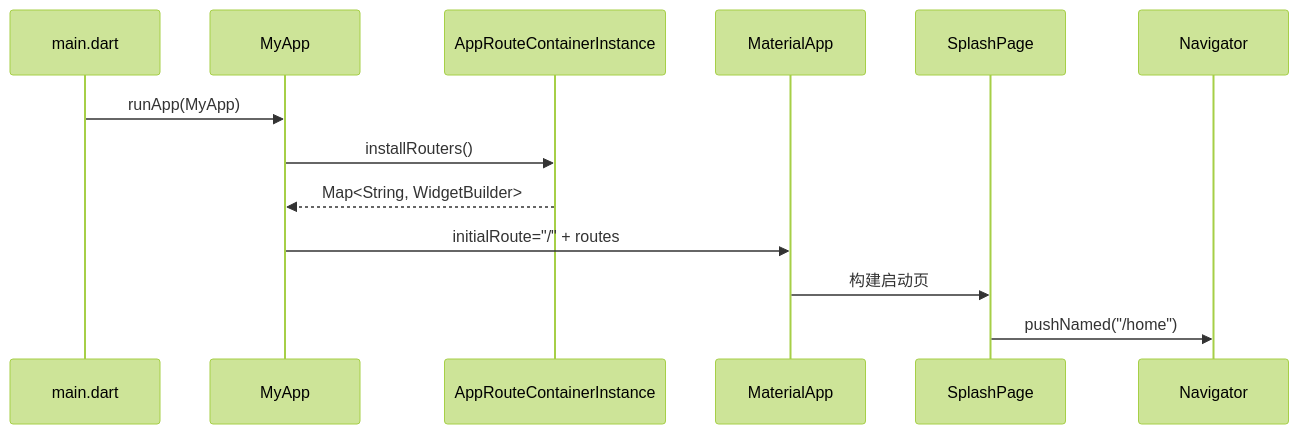
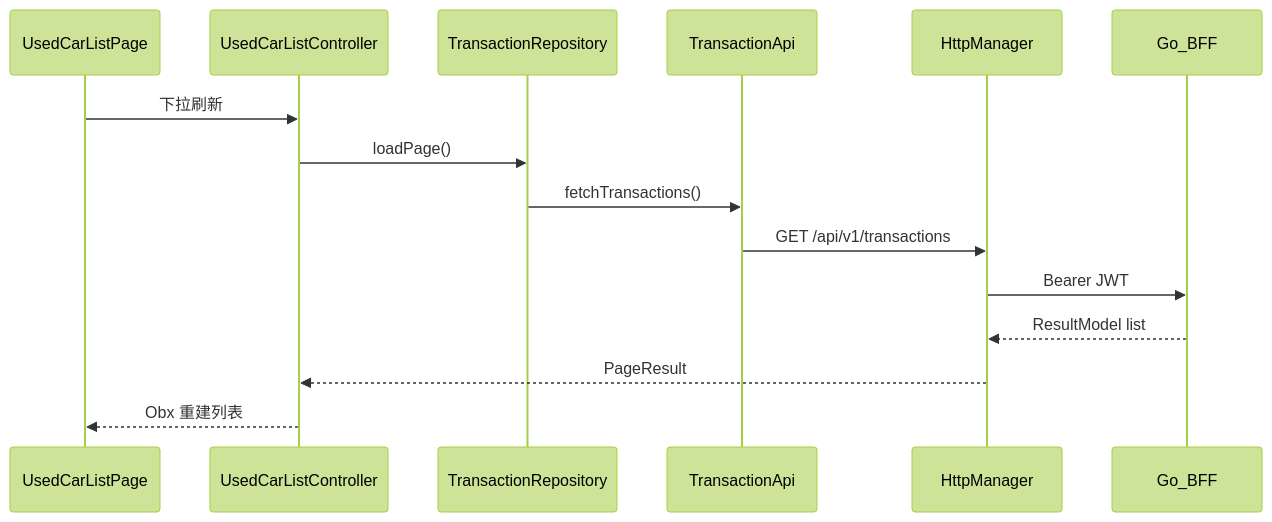
Before and after one commit to stvenfor/my_ai_project: the fourth of 4 diagrams in docs/architecture.md, drawn with Mermaid (forest theme). The commit also changed other lines of this file and 1215 other files, not shown here.

````diff
--- a/docs/architecture.md
+++ b/docs/architecture.md
@@ -112,16 +375,18 @@
 ```mermaid
 sequenceDiagram
-    participant Main as main.dart
-    participant App as MyApp
-    participant Container as AppRouteContainerInstance
-    participant MaterialApp as MaterialApp
-    participant Splash as SplashPage
-    participant Navigator as Navigator
+    participant View as UsedCarListPage
+    participant VM as UsedCarListController
+    participant Repo as TransactionRepository
+    participant Api as TransactionApi
+    participant Http as HttpManager
+    participant BFF as Go_BFF
 
-    Main->>App: runApp(MyApp)
-    App->>Container: installRouters()
-    Container-->>App: Map<String, WidgetBuilder>
-    App->>MaterialApp: initialRoute="/" + routes
-    MaterialApp->>Splash: 构建启动页
-    Splash->>Navigator: pushNamed("/home")
+    View->>VM: 下拉刷新
+    VM->>Repo: loadPage()
+    Repo->>Api: fetchTransactions()
+    Api->>Http: GET /api/v1/transactions
+    Http->>BFF: Bearer JWT
+    BFF-->>Http: ResultModel list
+    Http-->>VM: PageResult
+    VM-->>View: Obx 重建列表
 ```
````
